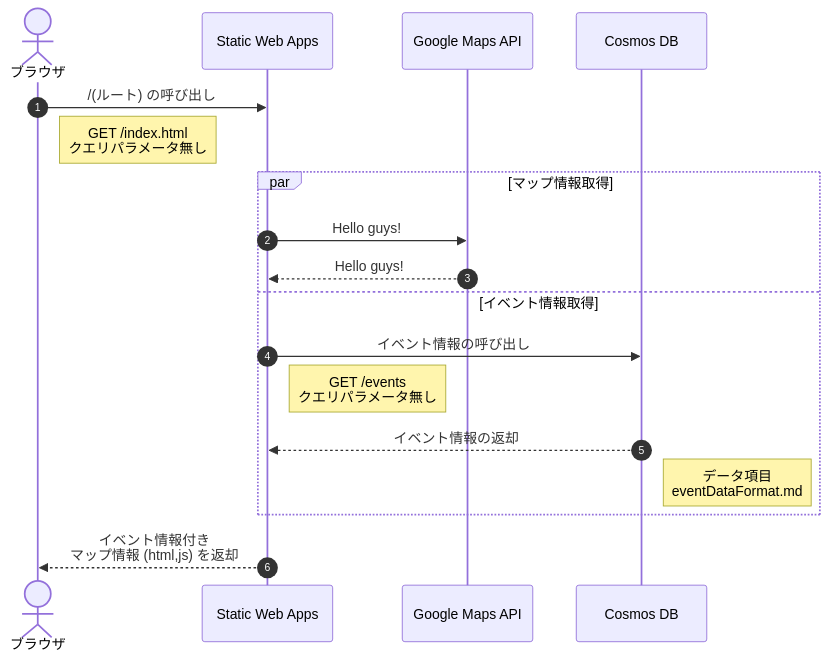
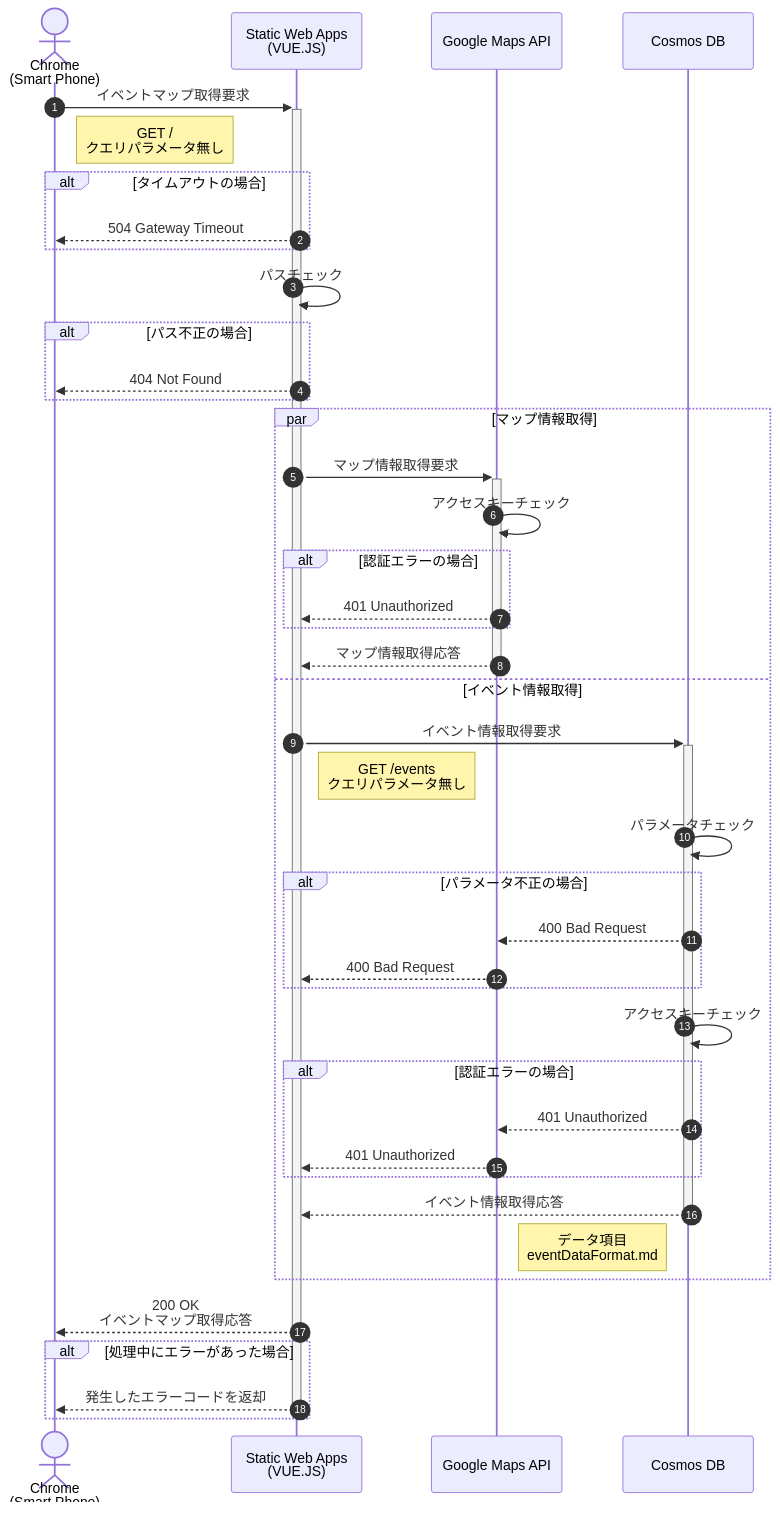
Before and after one commit to hikaruchie/map: the diagram in docs/sequence/referEventMap.md, drawn with Mermaid. The commit also changed other lines of this file, not shown here.

Commit message:
[add] シーケンス図(referEventMap.md)を修正
- エイリアス表記に変更(xxx as hogehoge)
- 例外処理のシーケンスを追加(alt)

````diff
--- a/docs/sequence/referEventMap.md
+++ b/docs/sequence/referEventMap.md
@@ -11,20 +11,50 @@
 ```mermaid
 sequenceDiagram
   autonumber
-  actor ブラウザ
+  actor browser as Chrome<br/>(Smart Phone)
+  participant swa as Static Web Apps<br/>(VUE.JS)
+  participant mapapi as Google Maps API
+  participant cdb as Cosmos DB
 
-  ブラウザ ->> Static Web Apps: /(ルート) の呼び出し
-  Note right of ブラウザ: GET /index.html<br>クエリパラメータ無し
+  browser ->>+ swa: イベントマップ取得要求
+  Note right of browser: GET /<br>クエリパラメータ無し
+  alt タイムアウトの場合
+    swa -->> browser: 504 Gateway Timeout
+  end
+  swa ->> swa: パスチェック
+  alt パス不正の場合
+    swa -->> browser: 404 Not Found
+  end
 
   par マップ情報取得
-    Static Web Apps->>Google Maps API: Hello guys!
-    Google Maps API-->>Static Web Apps: Hello guys!
+    swa->>+mapapi: マップ情報取得要求
+    mapapi->>mapapi: アクセスキーチェック
+    alt 認証エラーの場合
+      mapapi -->> swa: 401 Unauthorized
+    end
+    mapapi-->>-swa: マップ情報取得応答
+
   and イベント情報取得
-    Static Web Apps ->> Cosmos DB: イベント情報の呼び出し
-    Note right of Static Web Apps: GET /events<br>クエリパラメータ無し
-    Cosmos DB -->> Static Web Apps: イベント情報の返却
-    Note right of Cosmos DB: データ項目<br>eventDataFormat.md
+    swa ->>+ cdb: イベント情報取得要求
+    Note right of swa: GET /events<br>クエリパラメータ無し
+    cdb ->> cdb: パラメータチェック
+    alt パラメータ不正の場合
+      cdb -->> mapapi: 400 Bad Request
+      mapapi -->> swa: 400 Bad Request
+    end
+
+    cdb->>cdb: アクセスキーチェック
+    alt 認証エラーの場合
+      cdb -->> mapapi: 401 Unauthorized
+      mapapi -->> swa: 401 Unauthorized
+    end
+
+    cdb -->>- swa: イベント情報取得応答
+    Note left of cdb: データ項目<br>eventDataFormat.md
   end
 
-  Static Web Apps -->> ブラウザ: イベント情報付き<br>マップ情報 (html,js) を返却
+  swa -->> browser: 200 OK<br>イベントマップ取得応答
+  alt 処理中にエラーがあった場合
+    swa -->>- browser: 発生したエラーコードを返却
+  end
 ```
````
